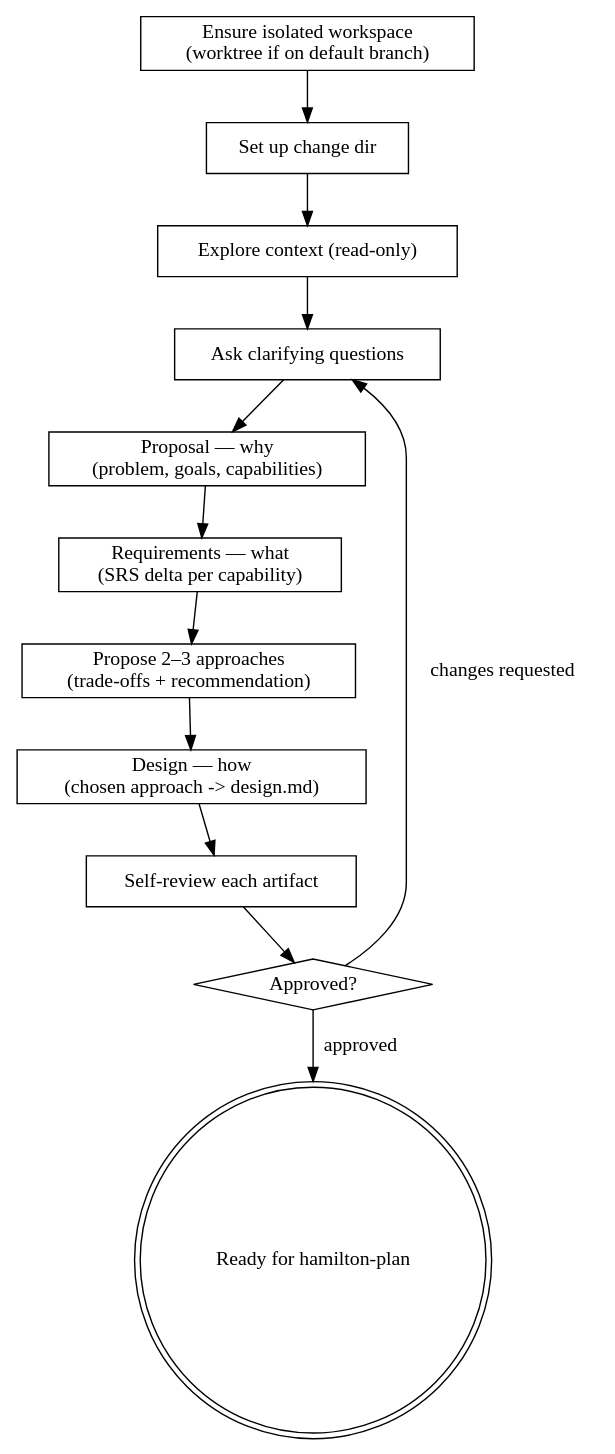
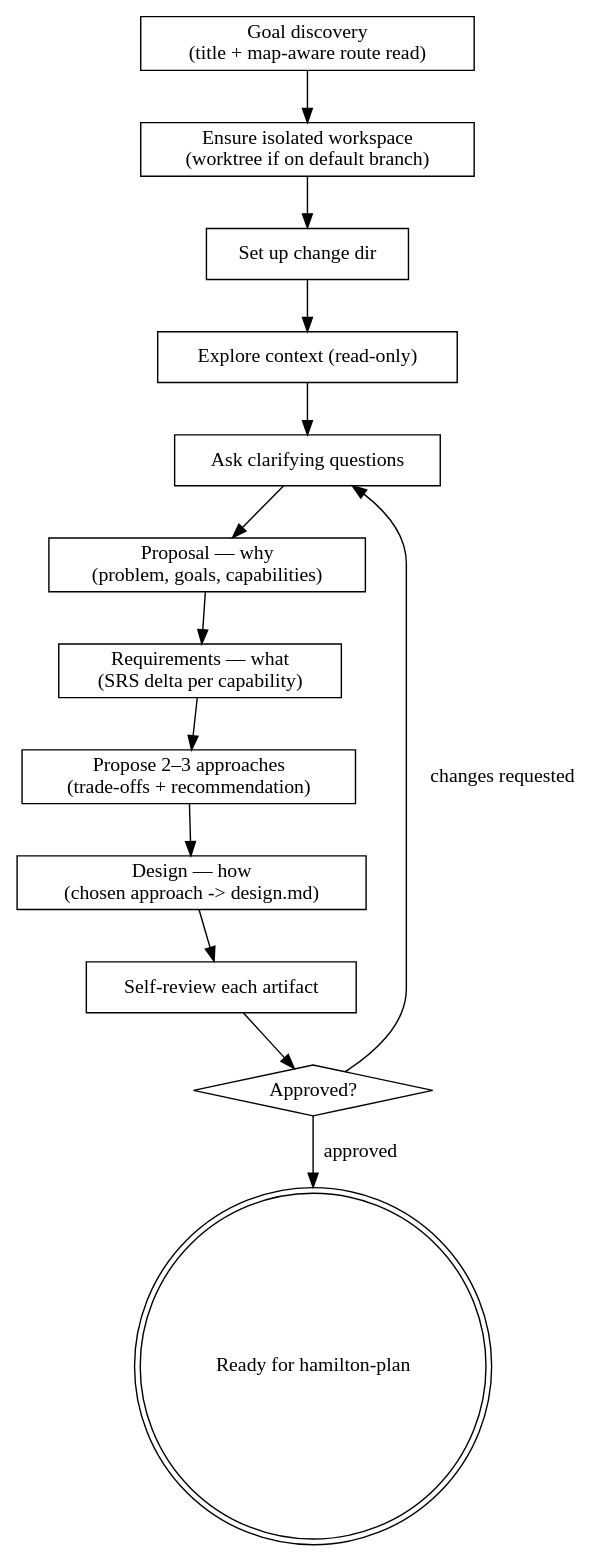
One commit to caiorcferreira/hamilton changed the diagram in skills/hamilton-propose/SKILL.md. Above: the diagram before and after it, drawn with Graphviz. The commit also changed other lines of this file, not shown here.

First line of the commit message:
MAESTRO: Phase-03 — split hamilton-propose step 1 into Goal discovery and Isolated workspace setup

````diff
--- a/skills/hamilton-propose/SKILL.md
+++ b/skills/hamilton-propose/SKILL.md
@@ -182,27 +181,29 @@
 ```dot
 digraph hamilton_propose {
+    "Goal discovery\n(title + map-aware route read)" [shape=box];
     "Ensure isolated workspace\n(worktree if on default branch)" [shape=box];
     "Set up change dir" [shape=box];
     "Explore context (read-only)" [shape=box];
     "Ask clarifying questions" [shape=box];
     "Proposal — why\n(problem, goals, capabilities)" [shape=box];
     "Requirements — what\n(SRS delta per capability)" [shape=box];
     "Propose 2–3 approaches\n(trade-offs + recommendation)" [shape=box];
     "Design — how\n(chosen approach -> design.md)" [shape=box];
     "Self-review each artifact" [shape=box];
     "Approved?" [shape=diamond];
     "Ready for hamilton-plan" [shape=doublecircle];
 
+    "Goal discovery\n(title + map-aware route read)" -> "Ensure isolated workspace\n(worktree if on default branch)";
     "Ensure isolated workspace\n(worktree if on default branch)" -> "Set up change dir";
     "Set up change dir" -> "Explore context (read-only)";
     "Explore context (read-only)" -> "Ask clarifying questions";
     "Ask clarifying questions" -> "Proposal — why\n(problem, goals, capabilities)";
     "Proposal — why\n(problem, goals, capabilities)" -> "Requirements — what\n(SRS delta per capability)";
     "Requirements — what\n(SRS delta per capability)" -> "Propose 2–3 approaches\n(trade-offs + recommendation)";
     "Propose 2–3 approaches\n(trade-offs + recommendation)" -> "Design — how\n(chosen approach -> design.md)";
     "Design — how\n(chosen approach -> design.md)" -> "Self-review each artifact";
     "Self-review each artifact" -> "Approved?";
     "Approved?" -> "Ask clarifying questions" [label="changes requested"];
     "Approved?" -> "Ready for hamilton-plan" [label="approved"];
 }
 ```
````
